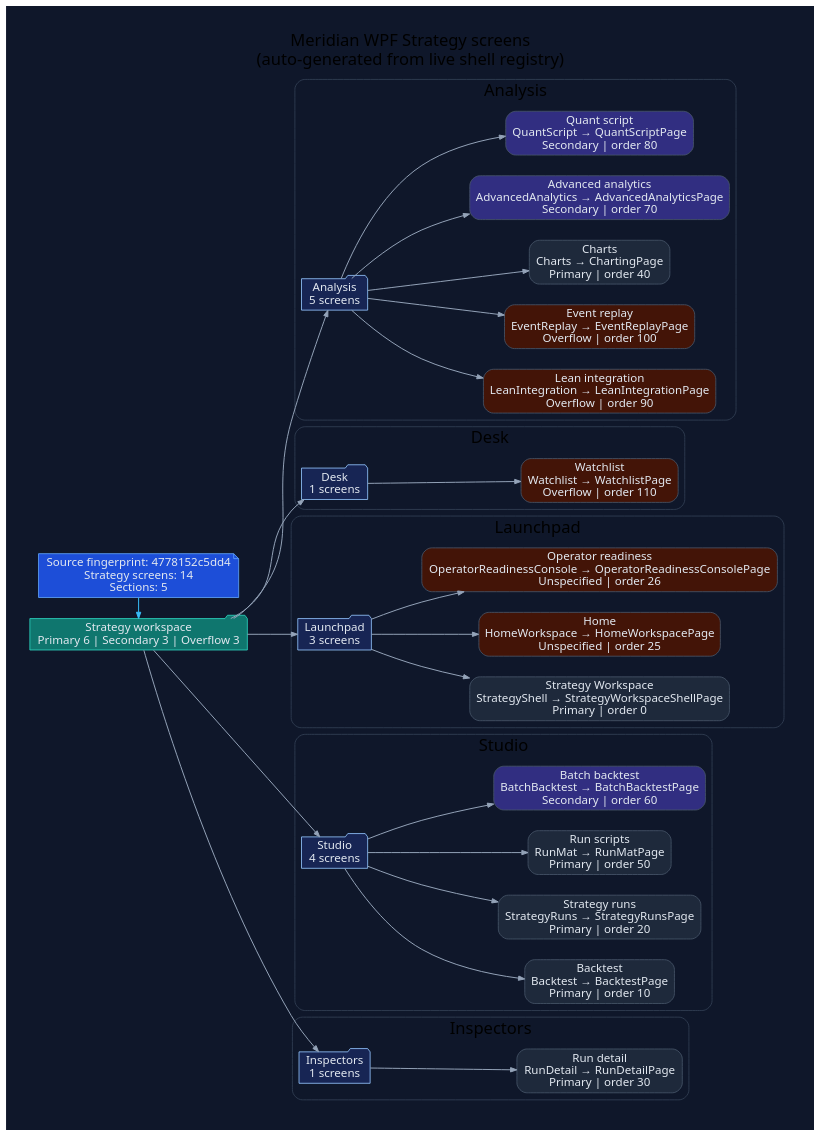
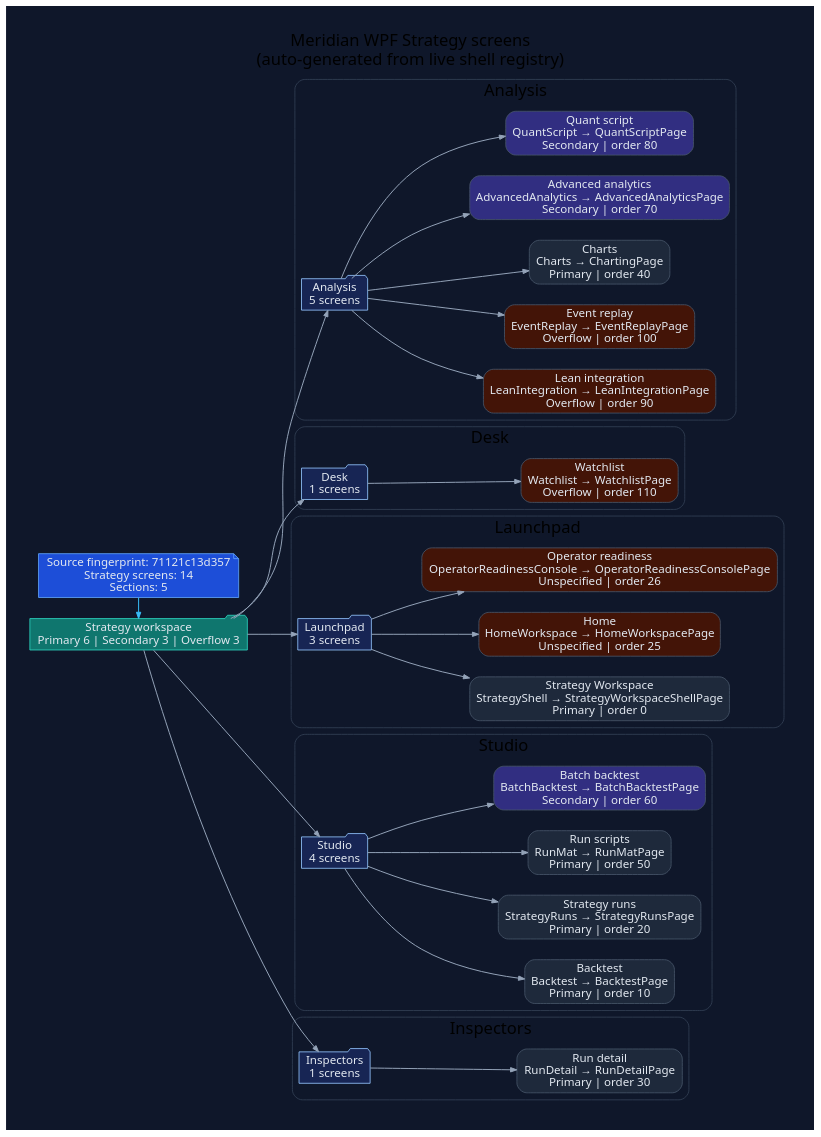
The diagram in docs/diagrams/ui-wpf-screens-strategy.dot (rodoHasArrived/Meridian-main), drawn with Graphviz before and after one commit. The commit also changed 181 other files, not shown here.

```diff
--- a/docs/diagrams/ui-wpf-screens-strategy.dot
+++ b/docs/diagrams/ui-wpf-screens-strategy.dot
@@ -1,94 +1,94 @@
 // -----------------------------------------------------------------------------
 // <auto-generated>
 // Generated by scripts/generate-diagrams.mjs.
 // Do not edit this file directly; update the WPF source files instead.
 // -----------------------------------------------------------------------------
 digraph WpfStrategyScreens {
   graph [
     rankdir=LR,
     labelloc=t,
     label="Meridian WPF Strategy screens\n(auto-generated from live shell registry)",
     fontname="Segoe UI",
     fontsize=20,
     pad=0.4,
     nodesep=0.35,
     ranksep=0.85,
     bgcolor="#0f172a"
   ];
   node [fontname="Segoe UI", shape=box, style="rounded,filled", color="#475569", fontcolor="#e2e8f0", fillcolor="#1e293b"];
   edge [fontname="Segoe UI", color="#94a3b8", penwidth=1.2, arrowsize=0.75];
 
-  generated [shape=note, fillcolor="#1d4ed8", color="#60a5fa", label="Source fingerprint: 4778152c5dd4\nStrategy screens: 14\nSections: 5"];
+  generated [shape=note, fillcolor="#1d4ed8", color="#60a5fa", label="Source fingerprint: 71121c13d357\nStrategy screens: 14\nSections: 5"];
   workspace [shape=folder, fillcolor="#0f766e", color="#2dd4bf", label="Strategy workspace\nPrimary 6 | Secondary 3 | Overflow 3"];
   generated -> workspace [color="#38bdf8"];
 
   subgraph cluster_section_1 {
     label="Analysis";
     color="#334155";
     style="rounded";
     section_1 [shape=folder, fillcolor="#172554", color="#93c5fd", label="Analysis\n5 screens"];
     workspace -> section_1;
     screen_LeanIntegration [fillcolor="#431407", label="Lean integration\nLeanIntegration → LeanIntegrationPage\nOverflow | order 90"];
     section_1 -> screen_LeanIntegration;
     screen_EventReplay [fillcolor="#431407", label="Event replay\nEventReplay → EventReplayPage\nOverflow | order 100"];
     section_1 -> screen_EventReplay;
     screen_Charts [fillcolor="#1e293b", label="Charts\nCharts → ChartingPage\nPrimary | order 40"];
     section_1 -> screen_Charts;
     screen_AdvancedAnalytics [fillcolor="#312e81", label="Advanced analytics\nAdvancedAnalytics → AdvancedAnalyticsPage\nSecondary | order 70"];
     section_1 -> screen_AdvancedAnalytics;
     screen_QuantScript [fillcolor="#312e81", label="Quant script\nQuantScript → QuantScriptPage\nSecondary | order 80"];
     section_1 -> screen_QuantScript;
   }
 
   subgraph cluster_section_2 {
     label="Desk";
     color="#334155";
     style="rounded";
     section_2 [shape=folder, fillcolor="#172554", color="#93c5fd", label="Desk\n1 screens"];
     workspace -> section_2;
     screen_Watchlist [fillcolor="#431407", label="Watchlist\nWatchlist → WatchlistPage\nOverflow | order 110"];
     section_2 -> screen_Watchlist;
   }
 
   subgraph cluster_section_3 {
     label="Launchpad";
     color="#334155";
     style="rounded";
     section_3 [shape=folder, fillcolor="#172554", color="#93c5fd", label="Launchpad\n3 screens"];
     workspace -> section_3;
     screen_StrategyShell [fillcolor="#1e293b", label="Strategy Workspace\nStrategyShell → StrategyWorkspaceShellPage\nPrimary | order 0"];
     section_3 -> screen_StrategyShell;
     screen_HomeWorkspace [fillcolor="#431407", label="Home\nHomeWorkspace → HomeWorkspacePage\nUnspecified | order 25"];
     section_3 -> screen_HomeWorkspace;
     screen_OperatorReadinessConsole [fillcolor="#431407", label="Operator readiness\nOperatorReadinessConsole → OperatorReadinessConsolePage\nUnspecified | order 26"];
     section_3 -> screen_OperatorReadinessConsole;
   }
 
   subgraph cluster_section_4 {
     label="Studio";
     color="#334155";
     style="rounded";
     section_4 [shape=folder, fillcolor="#172554", color="#93c5fd", label="Studio\n4 screens"];
     workspace -> section_4;
     screen_Backtest [fillcolor="#1e293b", label="Backtest\nBacktest → BacktestPage\nPrimary | order 10"];
     section_4 -> screen_Backtest;
     screen_StrategyRuns [fillcolor="#1e293b", label="Strategy runs\nStrategyRuns → StrategyRunsPage\nPrimary | order 20"];
     section_4 -> screen_StrategyRuns;
     screen_RunMat [fillcolor="#1e293b", label="Run scripts\nRunMat → RunMatPage\nPrimary | order 50"];
     section_4 -> screen_RunMat;
     screen_BatchBacktest [fillcolor="#312e81", label="Batch backtest\nBatchBacktest → BatchBacktestPage\nSecondary | order 60"];
     section_4 -> screen_BatchBacktest;
   }
 
   subgraph cluster_section_5 {
     label="Inspectors";
     color="#334155";
     style="rounded";
     section_5 [shape=folder, fillcolor="#172554", color="#93c5fd", label="Inspectors\n1 screens"];
     workspace -> section_5;
     screen_RunDetail [fillcolor="#1e293b", label="Run detail\nRunDetail → RunDetailPage\nPrimary | order 30"];
     section_5 -> screen_RunDetail;
   }
 
   { rank=min; generated; workspace; }
 }
```
